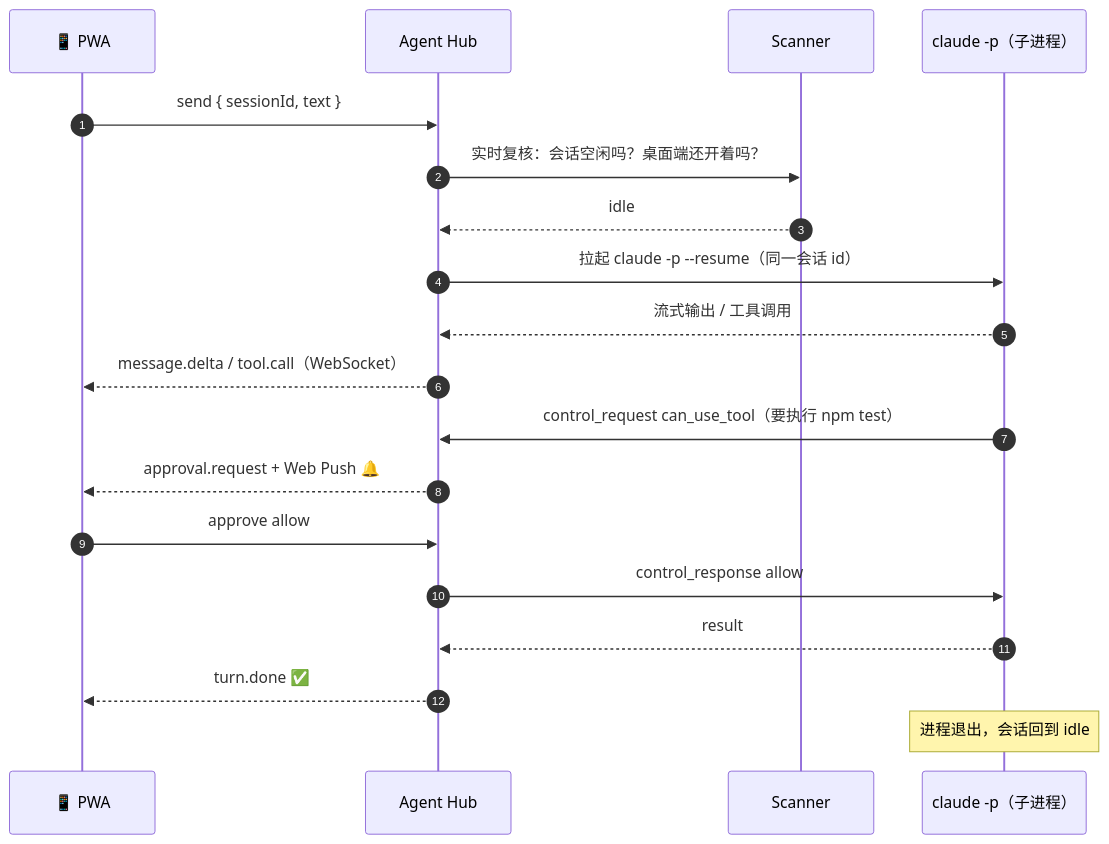
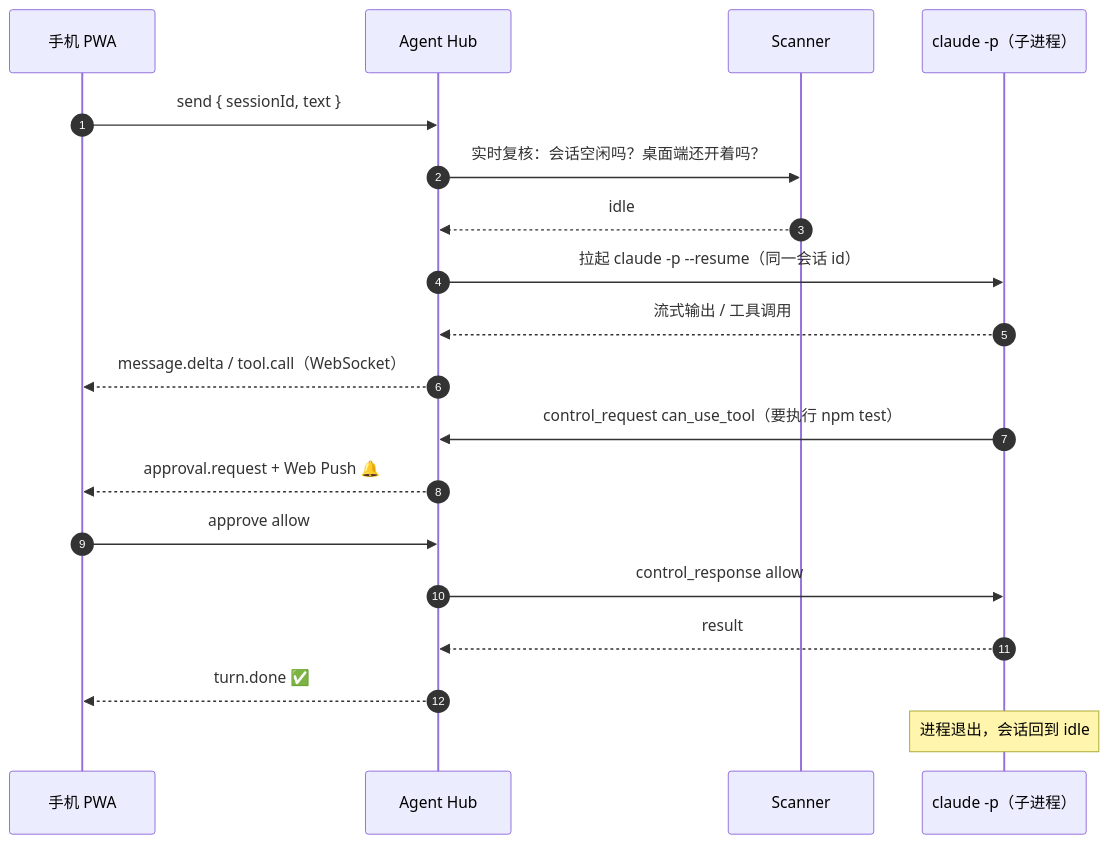
Before and after one commit to sexylowrie/agent-hub: the second of 2 diagrams in README.md, drawn with Mermaid. The commit also changed other lines of this file and 2 other files, not shown here.

First line of the commit message:
开源准备：CLAUDE.md 补全并新增安全规范；README 更新架构图与许可证；新增 MIT LICENSE

````diff
--- a/README.md
+++ b/README.md
@@ -102,21 +104,21 @@
 ```mermaid
 sequenceDiagram
   autonumber
-  participant P as 📱 PWA
+  participant P as 手机 PWA
   participant H as Agent Hub
   participant S as Scanner
   participant C as claude -p（子进程）
   P->>H: send { sessionId, text }
   H->>S: 实时复核：会话空闲吗？桌面端还开着吗？
   S-->>H: idle
   H->>C: 拉起 claude -p --resume（同一会话 id）
   C-->>H: 流式输出 / 工具调用
   H-->>P: message.delta / tool.call（WebSocket）
   C->>H: control_request can_use_tool（要执行 npm test）
   H-->>P: approval.request + Web Push 🔔
   P->>H: approve allow
   H->>C: control_response allow
   C-->>H: result
   H-->>P: turn.done ✅
   Note over C: 进程退出，会话回到 idle
 ```
````
